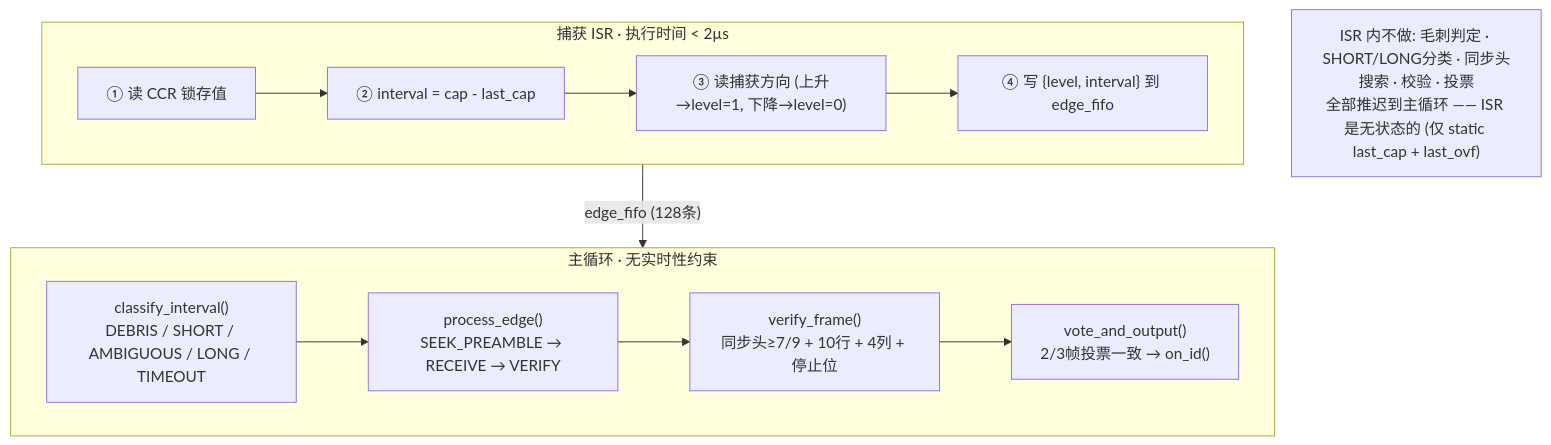
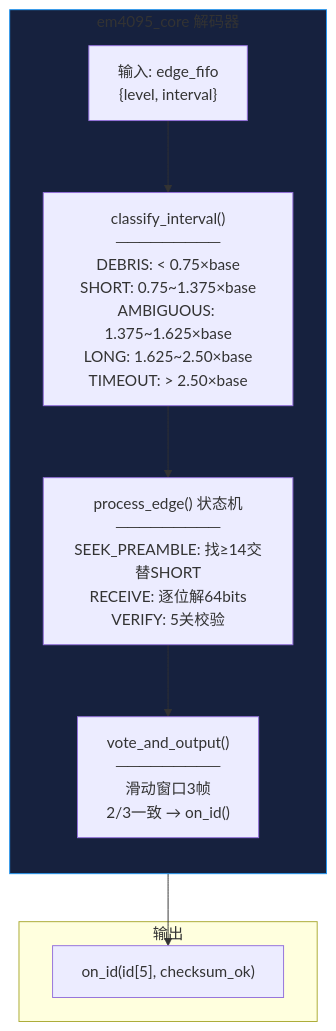
One commit to Siaiai/ObsidianNote changed the fourth of 13 diagrams in 工作/SR3读卡器/260802SR3读卡器架构.md. Above: the diagram before and after it, drawn with Mermaid. The commit also changed other lines of this file and 1 other file, not shown here.

````diff
--- a/工作/SR3读卡器/260802SR3读卡器架构.md
+++ b/工作/SR3读卡器/260802SR3读卡器架构.md
@@ -186,19 +163,25 @@
 ```mermaid
 flowchart TD
-    subgraph isr["捕获 ISR · 执行时间 < 2µs"]
-        I1["① 读 CCR 锁存值"] --> I2["② interval = cap - last_cap"]
-        I2 --> I3["③ 读捕获方向 (上升→level=1, 下降→level=0)"]
-        I3 --> I4["④ 写 {level, interval} 到 edge_fifo"]
+    subgraph DEC["em4095_core 解码器"]
+        direction TB
+
+        INPUT["输入: edge_fifo<br/>{level, interval}"]
+
+        CLASS["classify_interval()<br/>─────────<br/>DEBRIS: < 0.75×base<br/>SHORT: 0.75~1.375×base<br/>AMBIGUOUS: 1.375~1.625×base<br/>LONG: 1.625~2.50×base<br/>TIMEOUT: > 2.50×base"]
+
+        FSM["process_edge() 状态机<br/>─────────<br/>SEEK_PREAMBLE: 找≥14交替SHORT<br/>RECEIVE: 逐位解64bits<br/>VERIFY: 5关校验"]
+
+        VOTE["vote_and_output()<br/>─────────<br/>滑动窗口3帧<br/>2/3一致 → on_id()"]
     end
 
-    subgraph main["主循环 · 无实时性约束"]
-        M1["classify_interval()<br/>DEBRIS / SHORT / AMBIGUOUS / LONG / TIMEOUT"]
-        M1 --> M2["process_edge()<br/>SEEK_PREAMBLE → RECEIVE → VERIFY"]
-        M2 --> M3["verify_frame()<br/>同步头≥7/9 + 10行 + 4列 + 停止位"]
-        M3 --> M4["vote_and_output()<br/>2/3帧投票一致 → on_id()"]
+    subgraph OUT["输出"]
+        CB["on_id(id[5], checksum_ok)"]
     end
 
-    isr -->|"edge_fifo (128条)"| main
+    INPUT --> CLASS
+    CLASS --> FSM
+    FSM --> VOTE
+    VOTE --> CB
 
-    note1["ISR 内不做: 毛刺判定 · SHORT/LONG分类 · 同步头搜索 · 校验 · 投票<br/>全部推迟到主循环 —— ISR 是无状态的 (仅 static last_cap + last_ovf)"]
+    style DEC fill:#16213e,stroke:#2196F3
 ```
````
